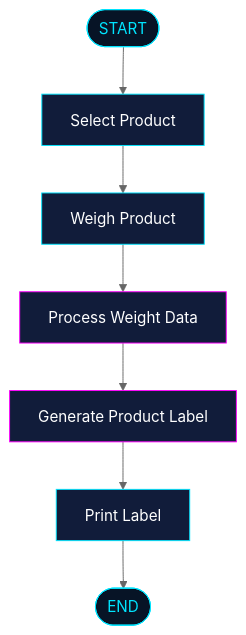
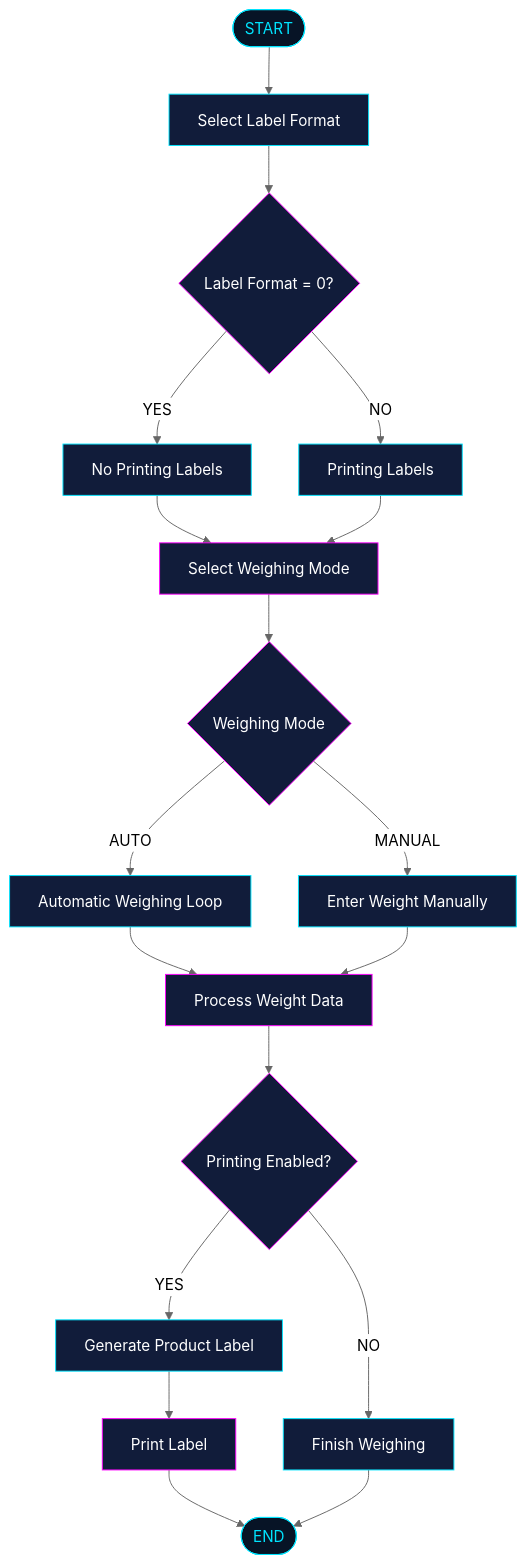
Before and after one commit to BudynRadzik/LabelingConsoleApp: the diagram in README.md, drawn with Mermaid (neutral theme). The commit also changed other lines of this file, not shown here.

````diff
--- a/README.md
+++ b/README.md
@@ -117,17 +123,43 @@
 ```mermaid
 flowchart TD
-    A([START]) --> B[Select Product]
-    B --> C[Weigh Product]
-    C --> D[Process Weight Data]
-    D --> E[Generate Product Label]
-    E --> F[Print Label]
-    F --> G([END])
+    A([START]) --> B[Select Label Format]
+    B --> C{Label Format = 0?}
+
+    C -->|YES| D[No Printing Labels]
+    C -->|NO| E[Printing Labels]
+
+    D --> F[Select Weighing Mode]
+    E --> F
+
+    F --> G{Weighing Mode}
+
+    G -->|AUTO| H[Automatic Weighing Loop]
+    G -->|MANUAL| I[Enter Weight Manually]
+
+    H --> J[Process Weight Data]
+    I --> J
+
+    J --> K{Printing Enabled?}
+    K -->|YES| L[Generate Product Label]
+    K -->|NO| M[Finish Weighing]
+
+    L --> N[Print Label]
+    N --> O([END])
+    M --> O
 
     style A fill:#071426,stroke:#00E5FF,color:#00E5FF
     style B fill:#111C3A,stroke:#00E5FF,color:#FFFFFF
-    style C fill:#111C3A,stroke:#00E5FF,color:#FFFFFF
-    style D fill:#111C3A,stroke:#FF00FF,color:#FFFFFF
-    style E fill:#111C3A,stroke:#FF00FF,color:#FFFFFF
-    style F fill:#111C3A,stroke:#00E5FF,color:#FFFFFF
-    style G fill:#071426,stroke:#00E5FF,color:#00E5FF
+    style C fill:#111C3A,stroke:#FF00FF,color:#FFFFFF
+    style D fill:#111C3A,stroke:#00E5FF,color:#FFFFFF
+    style E fill:#111C3A,stroke:#00E5FF,color:#FFFFFF
+    style F fill:#111C3A,stroke:#FF00FF,color:#FFFFFF
+    style G fill:#111C3A,stroke:#FF00FF,color:#FFFFFF
+    style H fill:#111C3A,stroke:#00E5FF,color:#FFFFFF
+    style I fill:#111C3A,stroke:#00E5FF,color:#FFFFFF
+    style J fill:#111C3A,stroke:#FF00FF,color:#FFFFFF
+    style K fill:#111C3A,stroke:#FF00FF,color:#FFFFFF
+    style L fill:#111C3A,stroke:#00E5FF,color:#FFFFFF
+    style M fill:#111C3A,stroke:#00E5FF,color:#FFFFFF
+    style N fill:#111C3A,stroke:#FF00FF,color:#FFFFFF
+    style O fill:#071426,stroke:#00E5FF,color:#00E5FF
 ```
````
